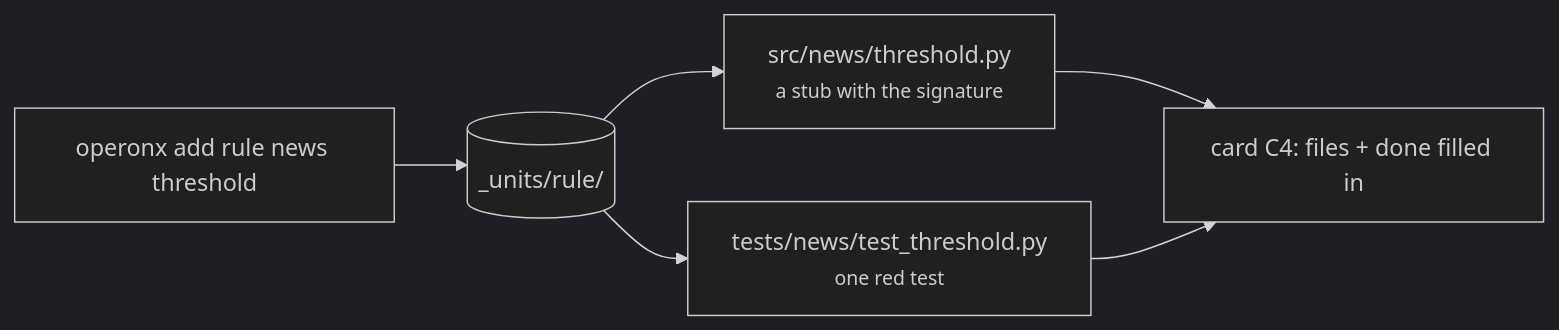
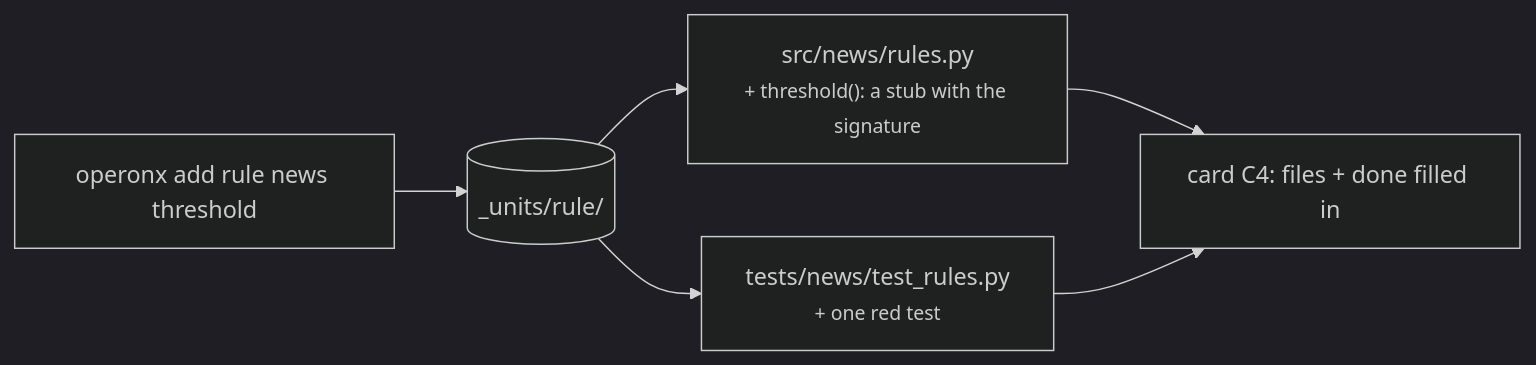
One commit to batman1m2001-cyber/Operonx changed the fourth of 12 diagrams in docs/PROJECT_MODE_V2_PLAN.md. Above: the diagram before and after it, drawn with Mermaid (dark theme). The commit also changed other lines of this file and 5 other files, not shown here.

````diff
--- a/docs/PROJECT_MODE_V2_PLAN.md
+++ b/docs/PROJECT_MODE_V2_PLAN.md
@@ -97,7 +99,7 @@
 ```mermaid
 flowchart LR
   CMD["operonx add rule news threshold"] --> T[("_units/rule/")]
-  T --> F1["src/news/threshold.py<br/><small>a stub with the signature</small>"]
-  T --> F2["tests/news/test_threshold.py<br/><small>one red test</small>"]
+  T --> F1["src/news/rules.py<br/><small>+ threshold(): a stub with the signature</small>"]
+  T --> F2["tests/news/test_rules.py<br/><small>+ one red test</small>"]
   F1 & F2 --> C["card C4: files + done filled in"]
 ```
````
